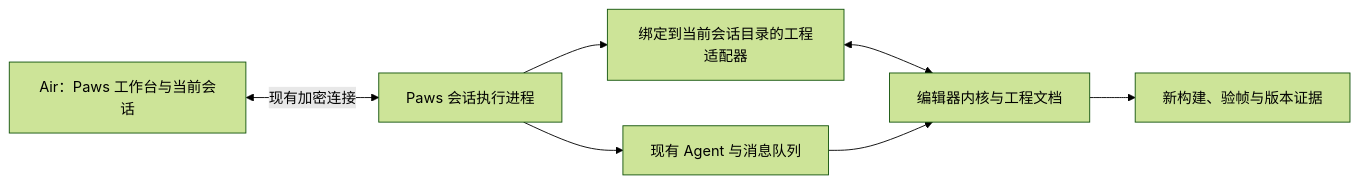
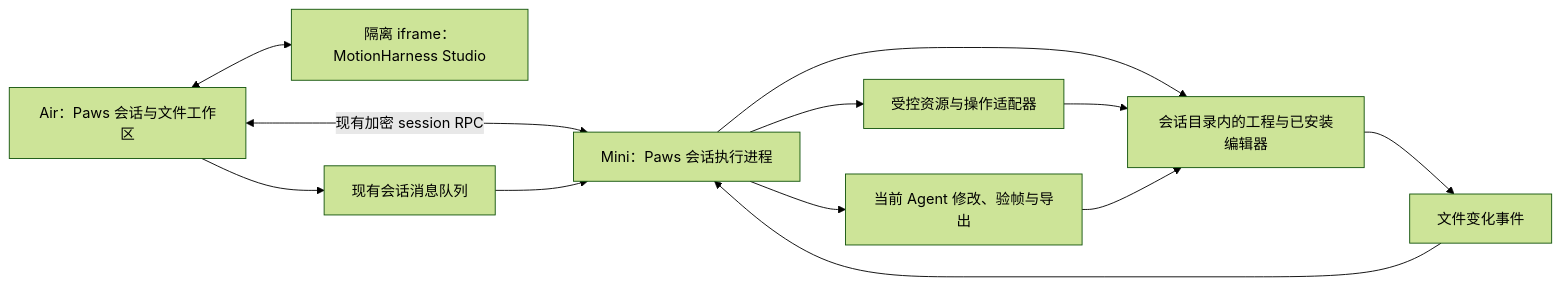
One commit to wangjs-jacky/happy changed the diagram in docs/design/motion-workbench-integration.md. Above: the diagram before and after it, drawn with Mermaid (forest theme). The commit also changed other lines of this file and 72 other files, not shown here.

Commit message:
feat(motion): embed native Studio and preserve reviewed project entry designs

````diff
--- a/docs/design/motion-workbench-integration.md
+++ b/docs/design/motion-workbench-integration.md
@@ -24,9 +13,14 @@
 ```mermaid
 flowchart LR
-  A[Air：Paws 工作台与当前会话] <-->|现有加密连接| B[Paws 会话执行进程]
-  B --> C[绑定到当前会话目录的工程适配器]
-  C <--> D[编辑器内核与工程文档]
-  B --> E[现有 Agent 与消息队列]
+  A[Air：Paws 会话与文件工作区] <-->|现有加密 session RPC| B[Mini：Paws 会话执行进程]
+  A <--> C[隔离 iframe：MotionHarness Studio]
+  B --> D[会话目录内的工程与已安装编辑器]
+  B --> E[受控资源与操作适配器]
   E --> D
-  D --> F[新构建、验帧与版本证据]
+  A --> F[现有会话消息队列]
+  F --> B
+  B --> G[当前 Agent 修改、验帧与导出]
+  G --> D
+  D --> H[文件变化事件]
+  H --> B
 ```
````
